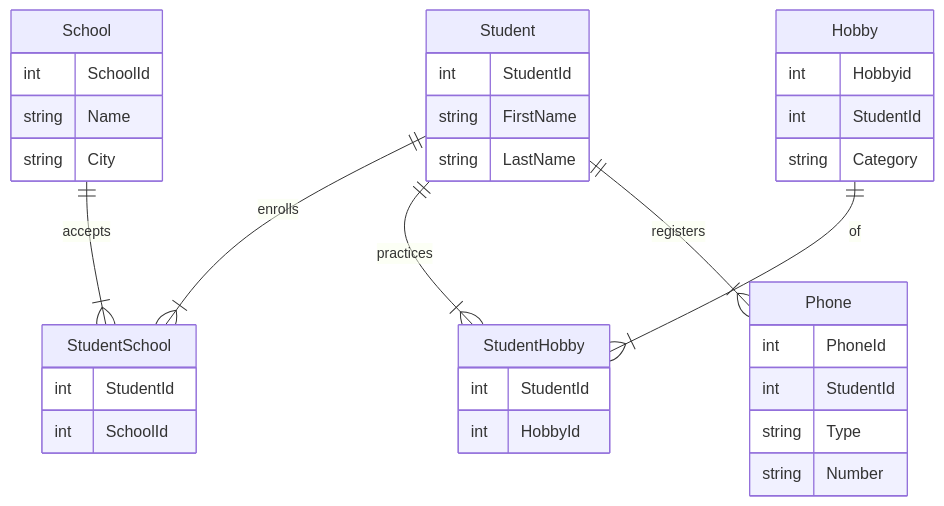
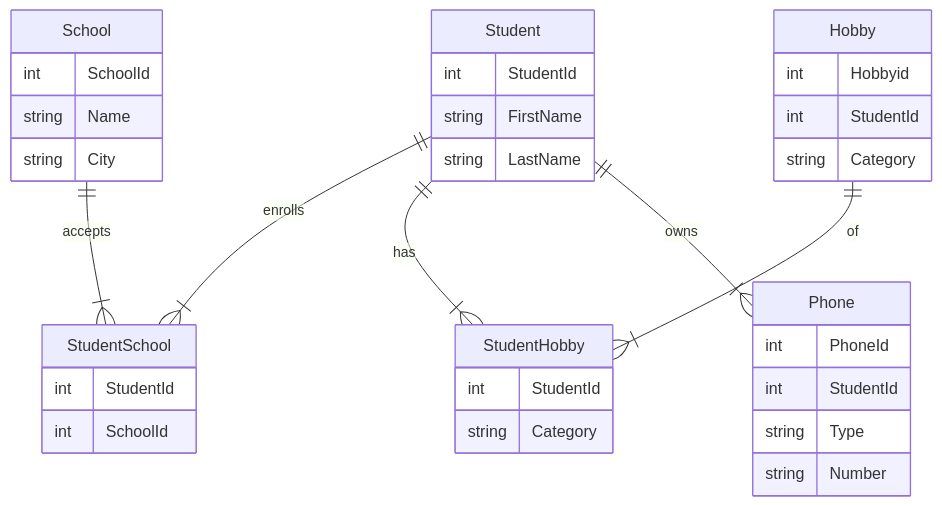
One commit to samkseg/db2022 changed the diagram in README.md. Above: the diagram before and after it, drawn with Mermaid.

Commit message:
Completed ER Diagram

````diff
--- a/README.md
+++ b/README.md
@@ -6,44 +6,44 @@
 ```mermaid
 erDiagram
     Student ||--|{ StudentSchool : enrolls
     School ||--|{ StudentSchool : accepts
-    Student ||--|{ StudentHobby : practices
+    Student ||--|{ StudentHobby : has
     Hobby ||--|{ StudentHobby : of
-    Student ||--|{ Phone : registers
+    Student ||--|{ Phone : owns
        
 
     Hobby {
     	int Hobbyid
 	int StudentId
 	string Category
     }
 
     Phone {
     	int PhoneId
 	int StudentId
 	string Type
 	string Number
     }
 
     StudentHobby {
 	  int StudentId
- 	  int HobbyId
+	  string Category 
     }
 
     StudentSchool {
         int StudentId
         int SchoolId
     }
 
     Student {
         int StudentId
         string FirstName
         string LastName
     }
 
     School {
         int SchoolId
         string Name
         string City
     }
 ```
````
